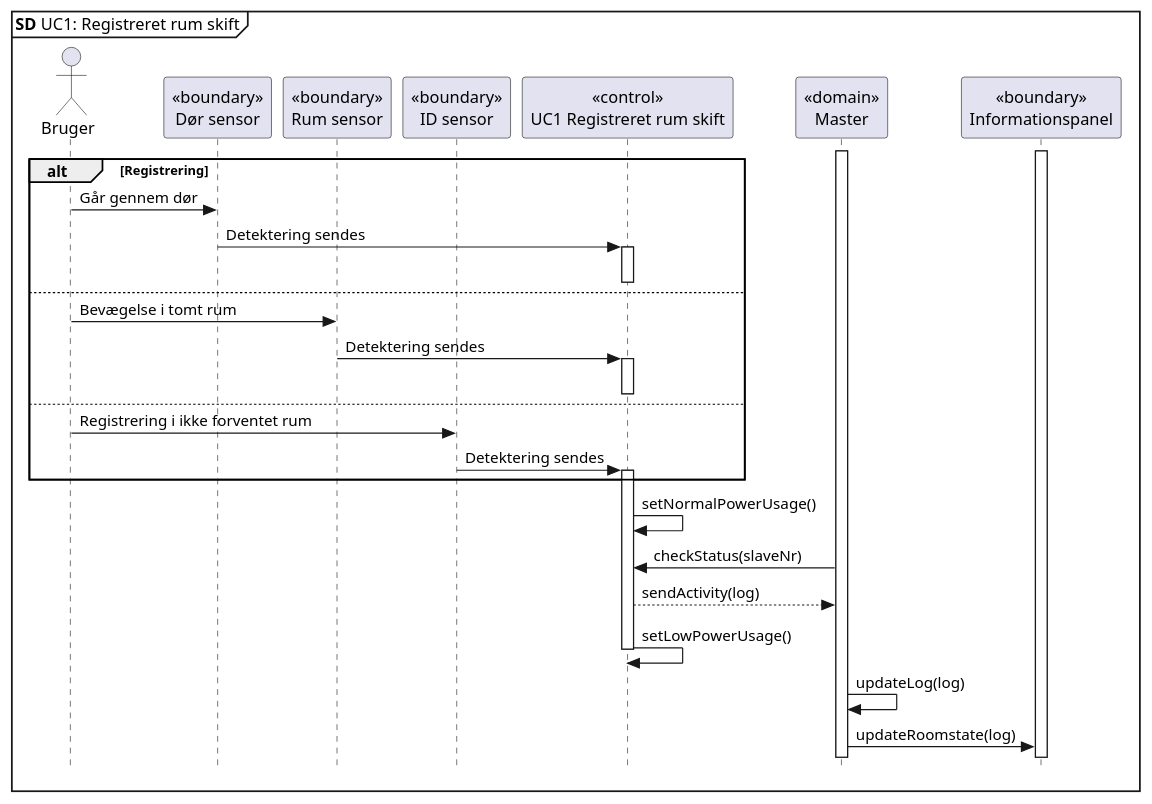
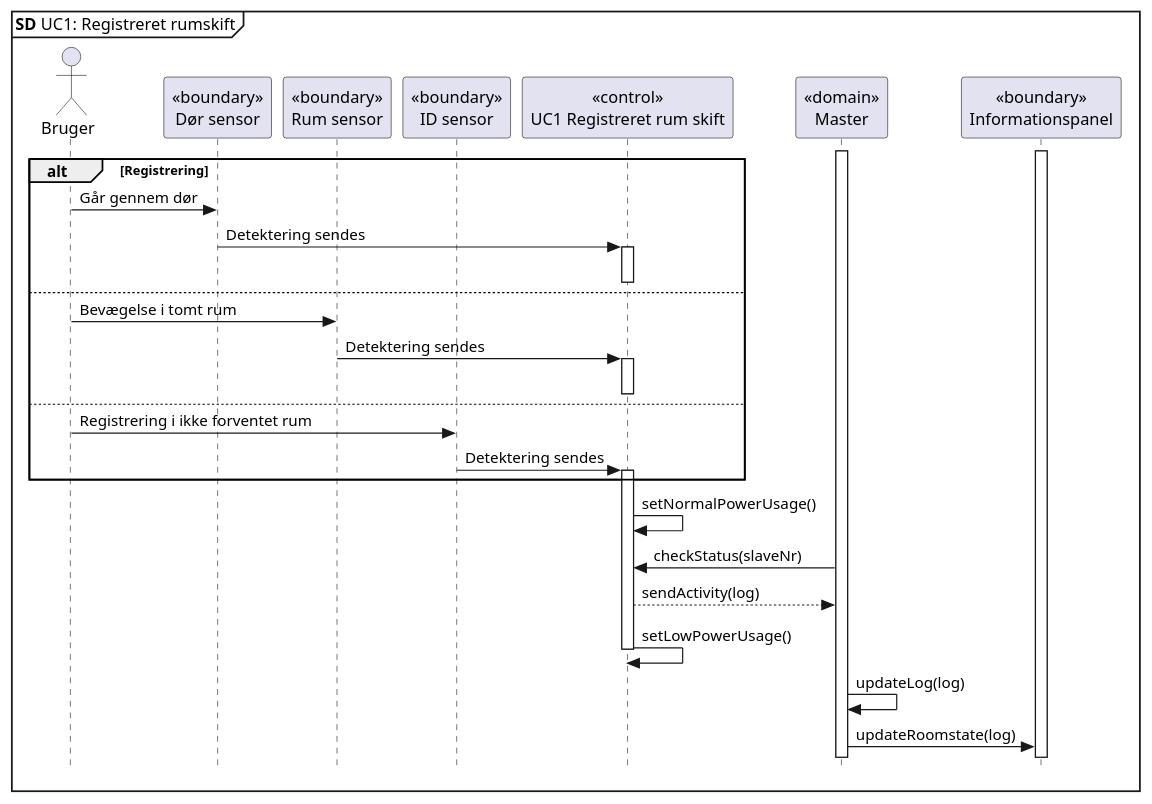
The diagram in SysML/UC1 SD.puml (Tukkel/Projekt_2), drawn with PlantUML before and after one commit.

```diff
--- a/SysML/UC1 SD.puml
+++ b/SysML/UC1 SD.puml
@@ -1,38 +1,38 @@
 @startuml UC1 SD
 skinparam style strictuml
 
-mainframe **SD** UC1: Registreret rum skift
+mainframe **SD** UC1: Registreret rumskift
 
 actor       Bruger      as bruger
 participant "<<boundary>>\nDør sensor" as dør
 participant "<<boundary>>\nRum sensor" as rum
 participant "<<boundary>>\nID sensor" as ID
 participant "<<control>>\nUC1 Registreret rum skift" as slave
 participant "<<domain>>\nMaster" as master
 participant "<<boundary>>\nInformationspanel" as panel
 
 activate master
 activate panel
 alt Registrering
 bruger -> dør : Går gennem dør
 dør -> slave : Detektering sendes
 activate slave
 else
 deactivate slave
 bruger -> rum : Bevægelse i tomt rum
 rum -> slave : Detektering sendes
 activate slave
 else
 deactivate slave
 bruger -> ID : Registrering i ikke forventet rum
 ID -> slave : Detektering sendes
 activate slave
 end
 slave -> slave : setNormalPowerUsage()
 master -> slave : checkStatus(slaveNr)
 slave --> master : sendActivity(log)
 slave -> slave : setLowPowerUsage()
 deactivate slave
 master -> master : updateLog(log)
 master -> panel : updateRoomstate(log)
 @enduml
```
